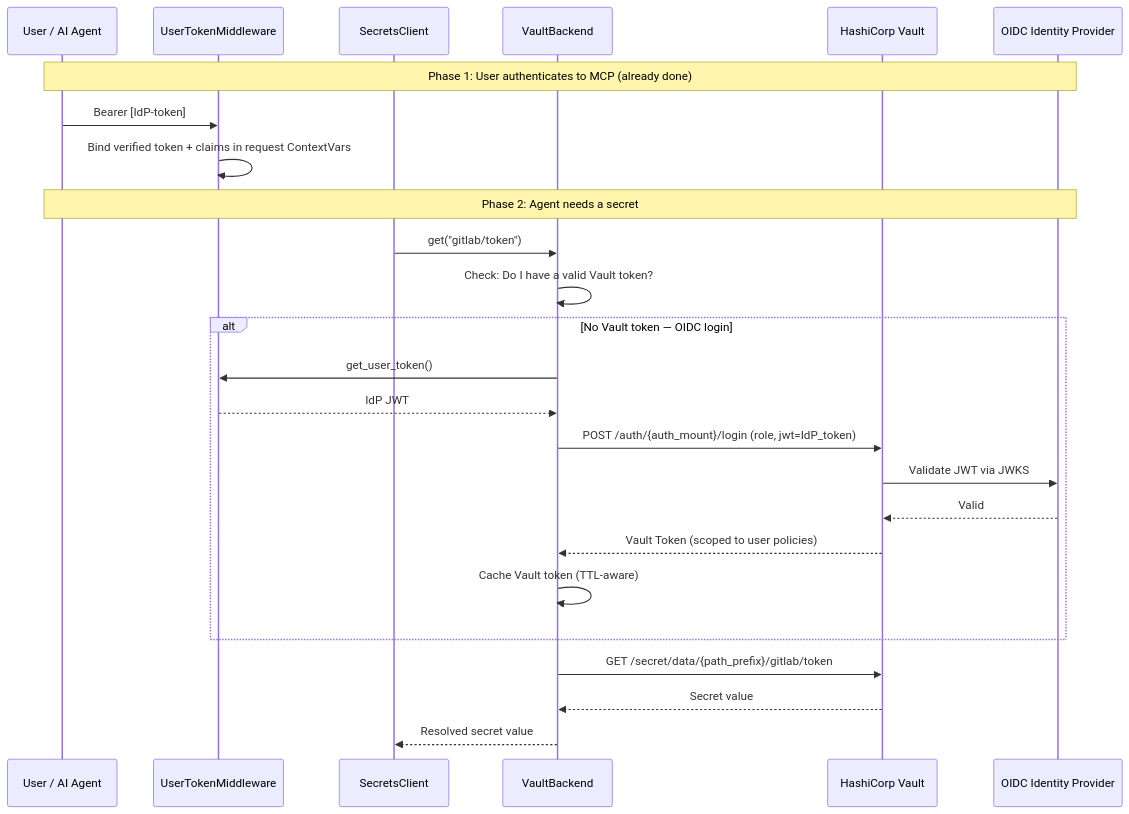
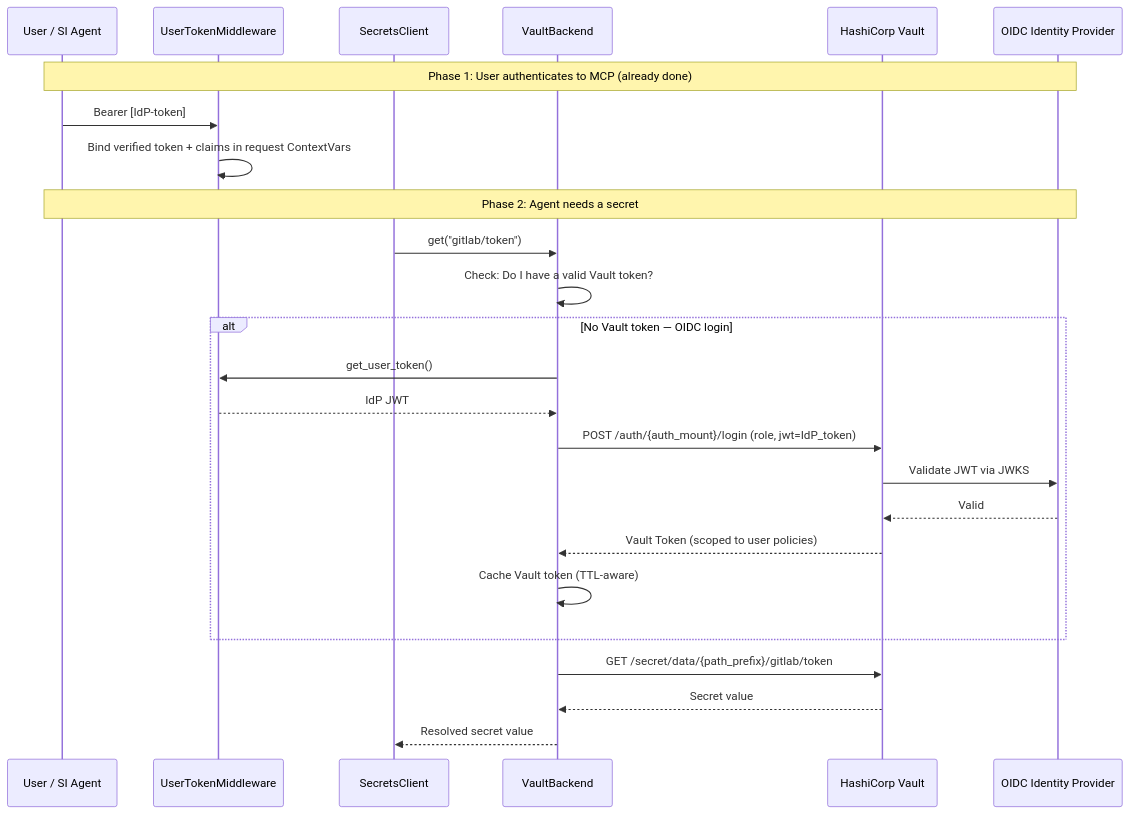
One commit to Knuckles-Team/agent-utilities changed the third of 4 diagrams in docs/guides/oauth_sso.md. Above: the diagram before and after it, drawn with Mermaid. The commit also changed other lines of this file and 50 other files, not shown here.

````diff
--- a/docs/guides/oauth_sso.md
+++ b/docs/guides/oauth_sso.md
@@ -372,31 +372,31 @@
 ```mermaid
 sequenceDiagram
-    participant User as User / AI Agent
+    participant User as User / SI Agent
     participant MW as UserTokenMiddleware
     participant SC as SecretsClient
     participant VB as VaultBackend
     participant Vault as HashiCorp Vault
     participant IdP as OIDC Identity Provider
 
     Note over User,IdP: Phase 1: User authenticates to MCP (already done)
     User->>MW: Bearer [IdP-token]
     MW->>MW: Bind verified token + claims in request ContextVars
 
     Note over User,IdP: Phase 2: Agent needs a secret
     SC->>VB: get("gitlab/token")
     VB->>VB: Check: Do I have a valid Vault token?
 
     alt No Vault token — OIDC login
         VB->>MW: get_user_token()
         MW-->>VB: IdP JWT
         VB->>Vault: POST /auth/{auth_mount}/login (role, jwt=IdP_token)
         Vault->>IdP: Validate JWT via JWKS
         IdP-->>Vault: Valid
         Vault-->>VB: Vault Token (scoped to user policies)
         VB->>VB: Cache Vault token (TTL-aware)
     end
 
     VB->>Vault: GET /secret/data/{path_prefix}/gitlab/token
     Vault-->>VB: Secret value
     VB-->>SC: Resolved secret value
 ```
````
